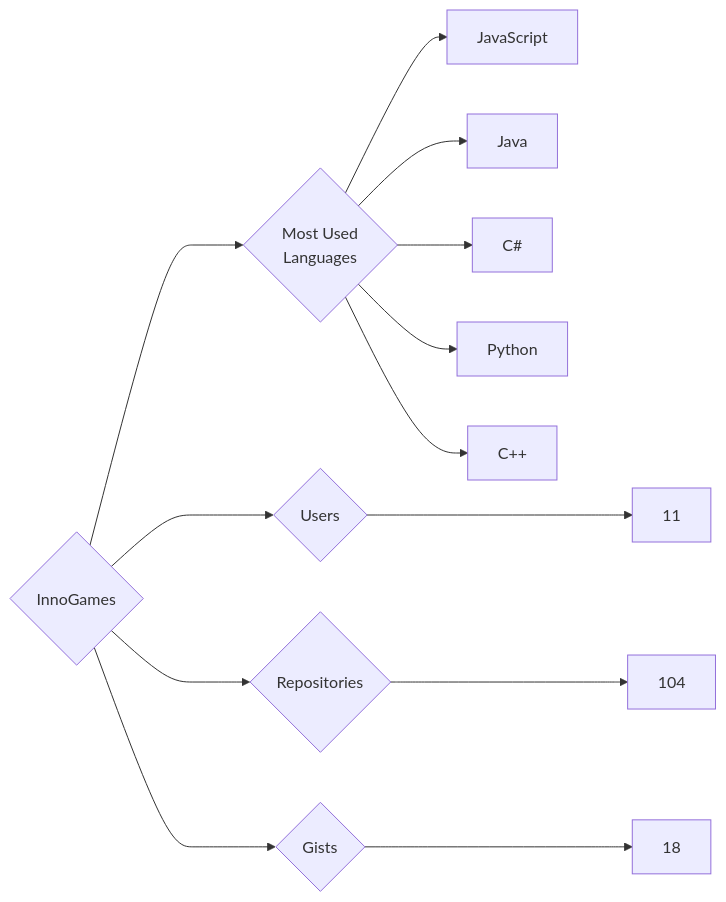
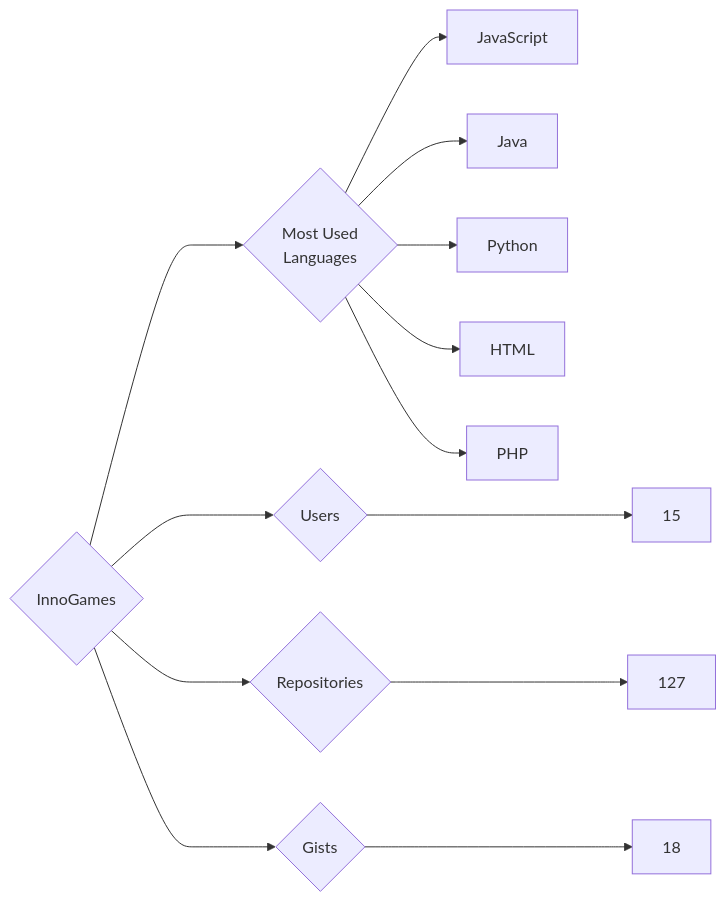
Before and after one commit to trickest/insiders: the diagram in targets/InnoGames/README.md, drawn with Mermaid. The commit also changed 745 other files, not shown here.

````diff
--- a/targets/InnoGames/README.md
+++ b/targets/InnoGames/README.md
@@ -3,13 +3,13 @@
 ```mermaid
 graph LR
 COMPANY_NAME{InnoGames}
-COMPANY_NAME ---> U{Users} ---> UN[11]
-COMPANY_NAME ---> R{Repositories} ---> RN[104]
+COMPANY_NAME ---> U{Users} ---> UN[15]
+COMPANY_NAME ---> R{Repositories} ---> RN[127]
 COMPANY_NAME ---> G{Gists} ---> GN[18]
 COMPANY_NAME ---> ML{Most Used<br>Languages}
 ML --> JavaScript[JavaScript]
 ML --> Java[Java]
-ML --> C#[C#]
 ML --> Python[Python]
-ML --> C++[C++]
+ML --> HTML[HTML]
+ML --> PHP[PHP]
 ```
````
